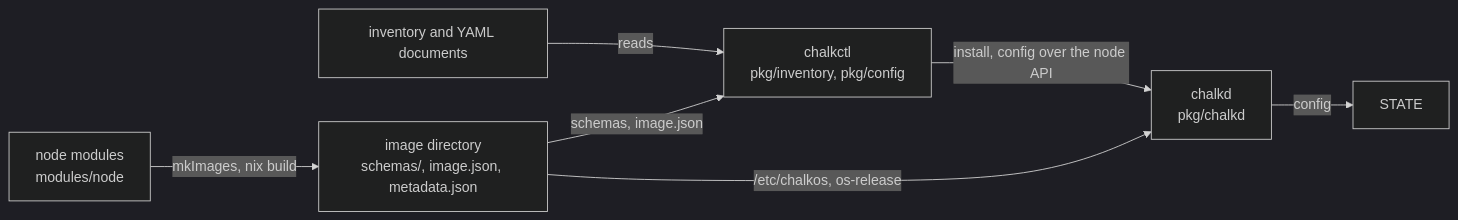
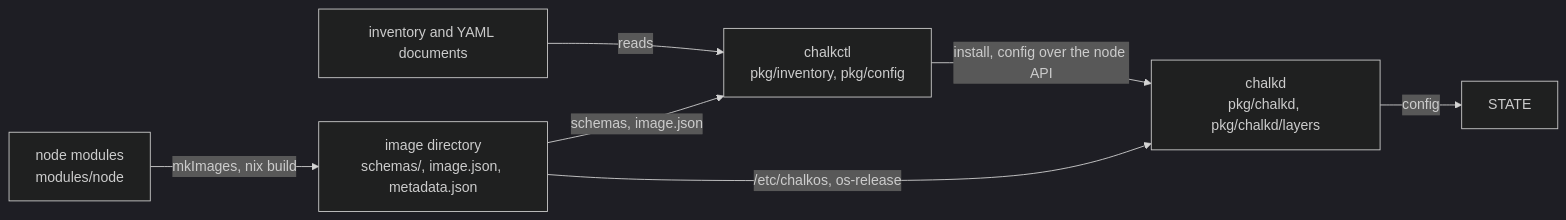
Before and after one commit to trevex/chalkos: the first of 2 diagrams in docs/contribute/architecture.md, drawn with Mermaid (dark theme). The commit also changed other lines of this file and 18 other files, not shown here.

````diff
--- a/docs/contribute/architecture.md
+++ b/docs/contribute/architecture.md
@@ -47,9 +47,9 @@
 ```mermaid
 flowchart LR
     modules["node modules<br/>modules/node"] -->|mkImages, nix build| image["image directory<br/>schemas/, image.json, metadata.json"]
     yaml["inventory and YAML documents"] -->|reads| chalkctl["chalkctl<br/>pkg/inventory, pkg/config"]
     image -->|schemas, image.json| chalkctl
-    chalkctl -->|install, config over the node API| chalkd["chalkd<br/>pkg/chalkd"]
+    chalkctl -->|install, config over the node API| chalkd["chalkd<br/>pkg/chalkd, pkg/chalkd/layers"]
     image -->|/etc/chalkos, os-release| chalkd
     chalkd -->|config| state["STATE"]
 ```
````
